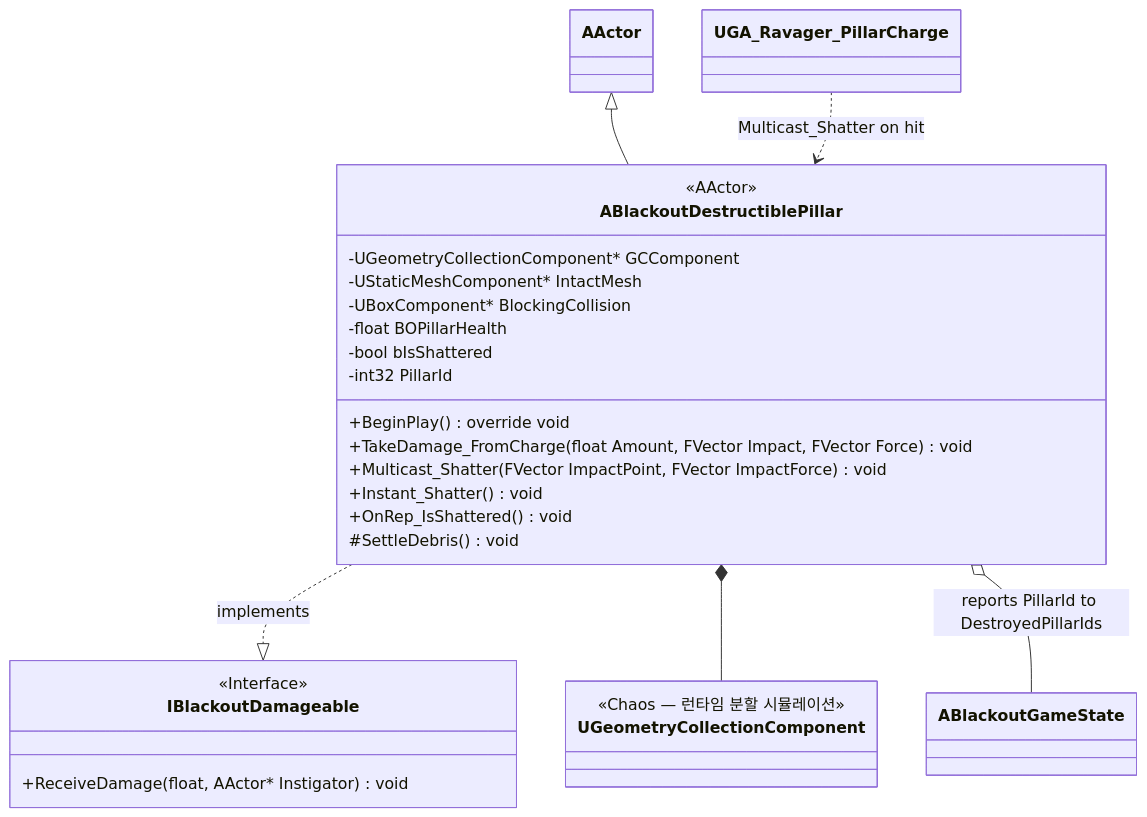
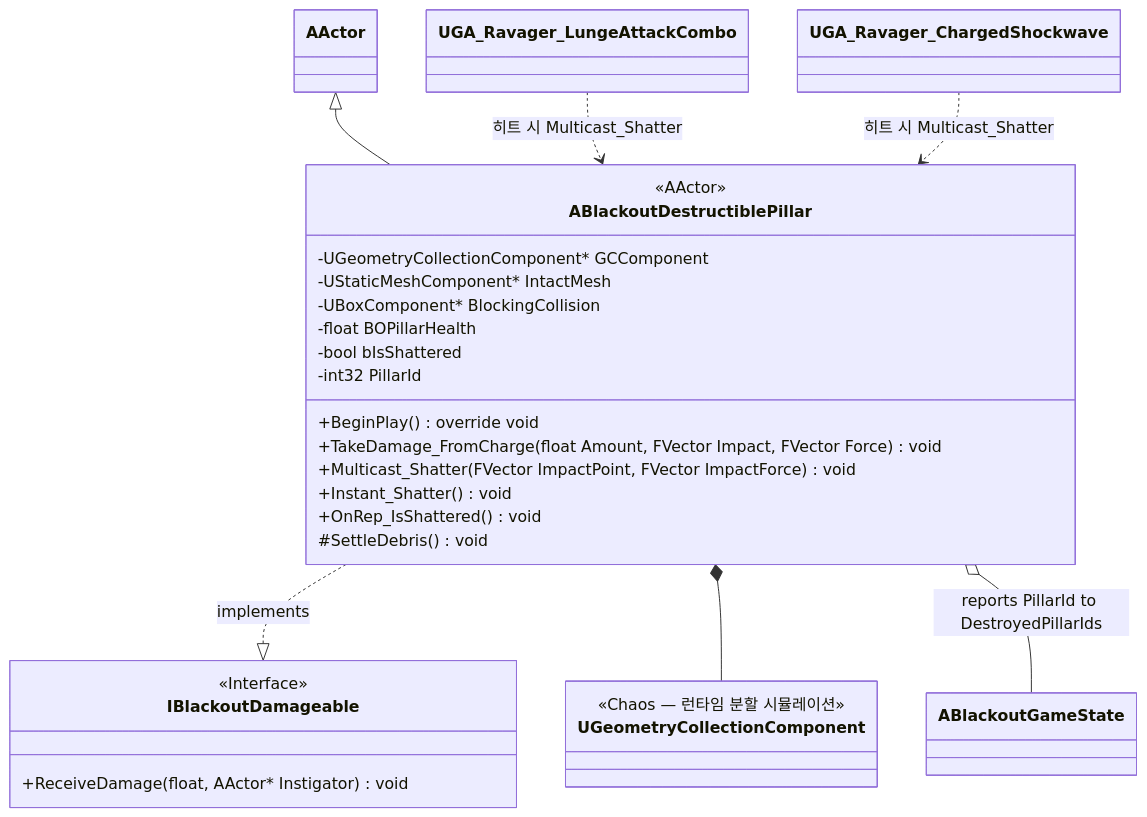
One commit to seongwon1579/ProjectBlackout changed the first of 2 diagrams in Docs/AI_Boss/05_Destructible_Pillar.md. Above: the diagram before and after it, drawn with Mermaid. The commit also changed other lines of this file and 10 other files, not shown here.

First line of the commit message:
Docs: GDD 개정 및 AI/Boss 기술 설계서, 클래스 다이어그램 수정

````diff
--- a/Docs/AI_Boss/05_Destructible_Pillar.md
+++ b/Docs/AI_Boss/05_Destructible_Pillar.md
@@ -5,36 +6,37 @@
 ```mermaid
 classDiagram
     direction TB
 
     AActor <|-- ABlackoutDestructiblePillar
     ABlackoutDestructiblePillar ..|> IBlackoutDamageable : implements
 
     class ABlackoutDestructiblePillar {
         <<AActor>>
         -UGeometryCollectionComponent* GCComponent
         -UStaticMeshComponent* IntactMesh
         -UBoxComponent* BlockingCollision
         -float BOPillarHealth
         -bool bIsShattered
         -int32 PillarId
         +BeginPlay() override void
         +TakeDamage_FromCharge(float Amount, FVector Impact, FVector Force) void
         +Multicast_Shatter(FVector ImpactPoint, FVector ImpactForce) void
         +Instant_Shatter() void
         +OnRep_IsShattered() void
         #SettleDebris() void
     }
 
     class IBlackoutDamageable {
         <<Interface>>
         +ReceiveDamage(float, AActor* Instigator) void
     }
 
     class UGeometryCollectionComponent {
         <<Chaos — 런타임 분할 시뮬레이션>>
     }
 
     ABlackoutDestructiblePillar *-- UGeometryCollectionComponent
     ABlackoutDestructiblePillar o-- ABlackoutGameState : reports PillarId to DestroyedPillarIds
-    UGA_Ravager_PillarCharge ..> ABlackoutDestructiblePillar : Multicast_Shatter on hit
+    UGA_Ravager_LungeAttackCombo ..> ABlackoutDestructiblePillar : 히트 시 Multicast_Shatter
+    UGA_Ravager_ChargedShockwave ..> ABlackoutDestructiblePillar : 히트 시 Multicast_Shatter
 ```
````
